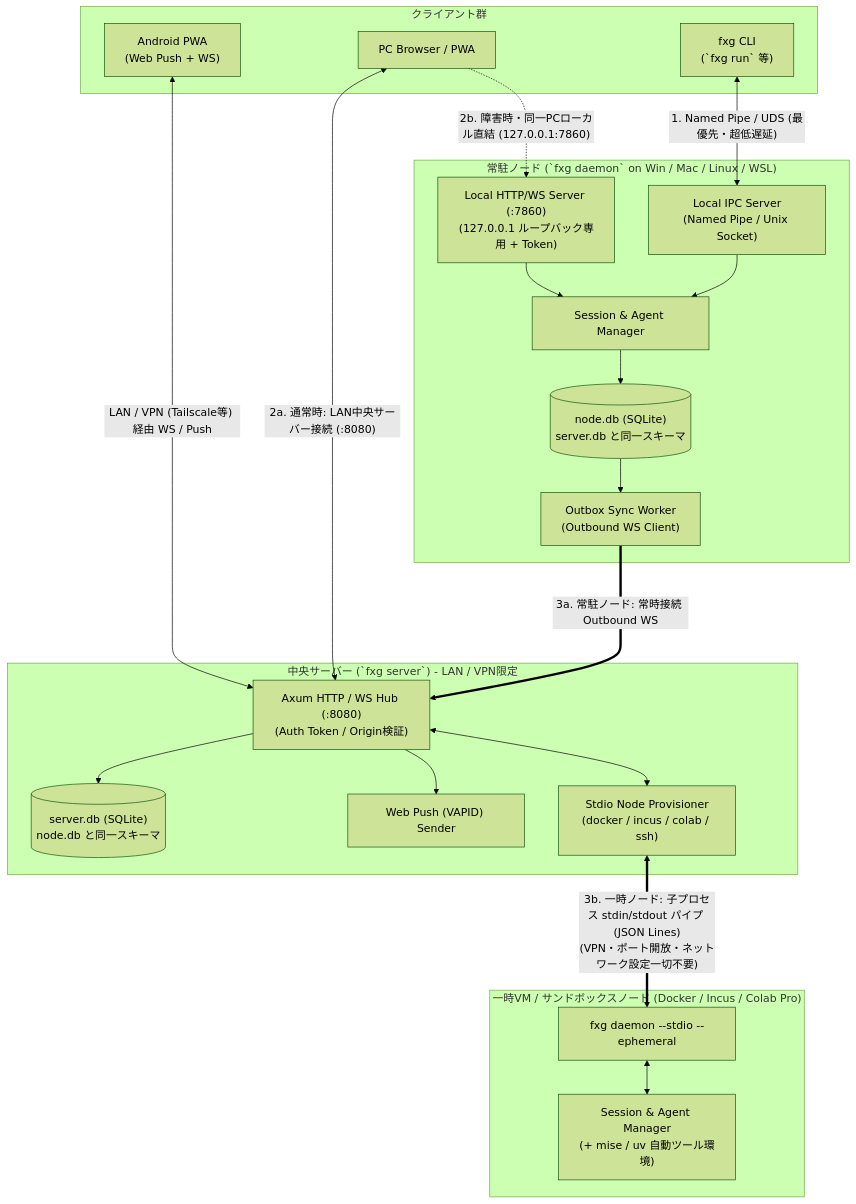
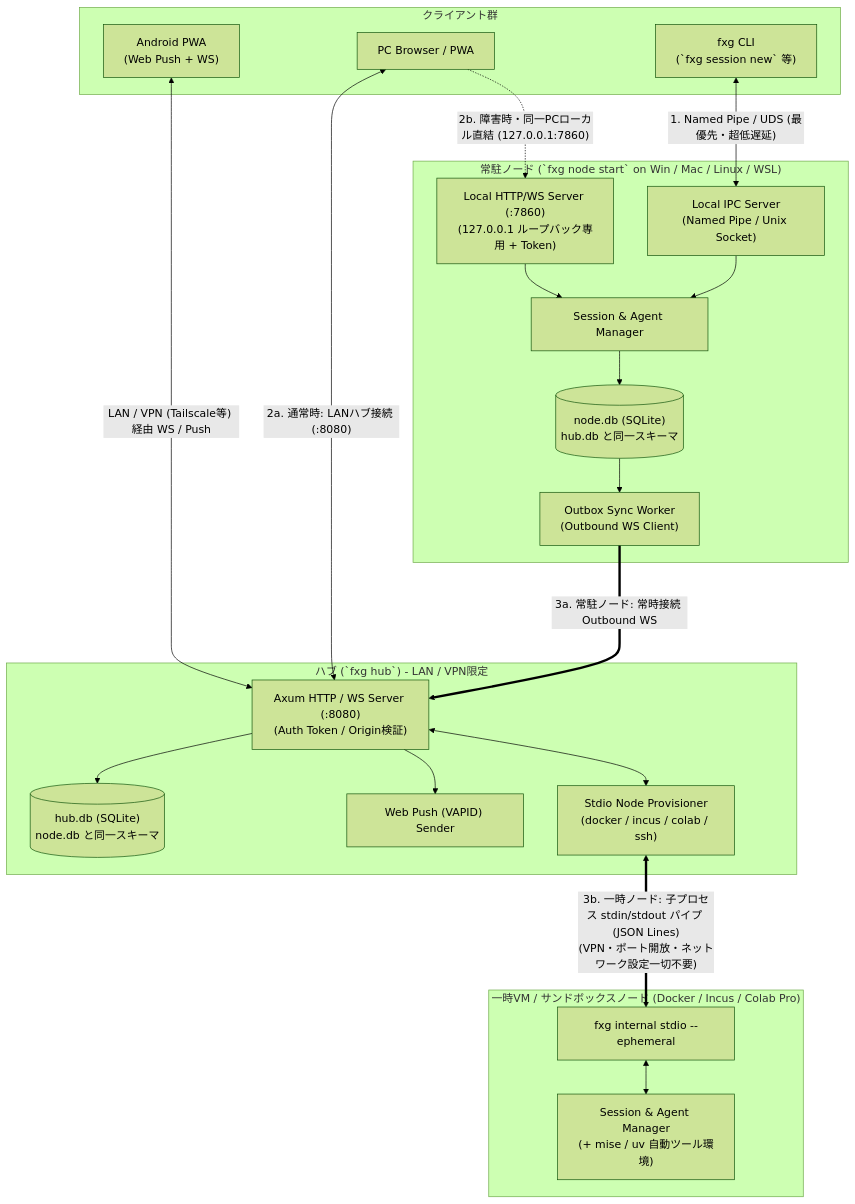
One commit to nazo6/flexagent changed the first of 3 diagrams in docs/01-architecture-and-sync.md. Above: the diagram before and after it, drawn with Mermaid (forest theme). The commit also changed other lines of this file and 179 other files, not shown here.

First line of the commit message:
refactor(cli): restructure commands around session/node/hub (#5)

````diff
--- a/docs/01-architecture-and-sync.md
+++ b/docs/01-architecture-and-sync.md
@@ -10,44 +10,44 @@
 ```mermaid
 flowchart TB
     subgraph Clients["クライアント群"]
         AndroidPWA["Android PWA<br/>(Web Push + WS)"]
         Browser["PC Browser / PWA"]
-        CLI["fxg CLI<br/>(`fxg run` 等)"]
+        CLI["fxg CLI<br/>(`fxg session new` 等)"]
     end
 
-    subgraph Central["中央サーバー (`fxg server`) - LAN / VPN限定"]
-        Hub["Axum HTTP / WS Hub (:8080)<br/>(Auth Token / Origin検証)"]
+    subgraph HubGroup["ハブ (`fxg hub`) - LAN / VPN限定"]
+        HubAPI["Axum HTTP / WS Server (:8080)<br/>(Auth Token / Origin検証)"]
         Prov["Stdio Node Provisioner<br/>(docker / incus / colab / ssh)"]
         Push["Web Push (VAPID) Sender"]
-        ServerDB[("server.db (SQLite)<br/>node.db と同一スキーマ")]
-        Hub --> ServerDB
-        Hub --> Push
-        Hub <--> Prov
+        HubDB[("hub.db (SQLite)<br/>node.db と同一スキーマ")]
+        HubAPI --> HubDB
+        HubAPI --> Push
+        HubAPI <--> Prov
     end
 
-    subgraph Node["常駐ノード (`fxg daemon` on Win / Mac / Linux / WSL)"]
+    subgraph Node["常駐ノード (`fxg node start` on Win / Mac / Linux / WSL)"]
         LocalAPI["Local HTTP/WS Server (:7860)<br/>(127.0.0.1 ループバック専用 + Token)"]
         LocalIPC["Local IPC Server<br/>(Named Pipe / Unix Socket)"]
         SyncWorker["Outbox Sync Worker<br/>(Outbound WS Client)"]
         SessionMgr["Session & Agent Manager"]
-        NodeDB[("node.db (SQLite)<br/>server.db と同一スキーマ")]
+        NodeDB[("node.db (SQLite)<br/>hub.db と同一スキーマ")]
 
         LocalIPC --> SessionMgr
         LocalAPI --> SessionMgr
         SessionMgr --> NodeDB
         NodeDB --> SyncWorker
     end
 
     subgraph EphemeralNode["一時VM / サンドボックスノード (Docker / Incus / Colab Pro)"]
-        EphDaemon["fxg daemon --stdio --ephemeral"]
+        EphNode["fxg internal stdio --ephemeral"]
         EphAgent["Session & Agent Manager<br/>(+ mise / uv 自動ツール環境)"]
-        EphDaemon <--> EphAgent
+        EphNode <--> EphAgent
     end
 
     CLI <-->|"1. Named Pipe / UDS (最優先・超低遅延)"| LocalIPC
-    Browser <-->|"2a. 通常時: LAN中央サーバー接続 (:8080)"| Hub
+    Browser <-->|"2a. 通常時: LANハブ接続 (:8080)"| HubAPI
     Browser -.->|"2b. 障害時・同一PCローカル直結 (127.0.0.1:7860)"| LocalAPI
-    AndroidPWA <-->|"LAN / VPN (Tailscale等) 経由 WS / Push"| Hub
-    SyncWorker ===>|"3a. 常駐ノード: 常時接続 Outbound WS"| Hub
-    Prov <==>|"3b. 一時ノード: 子プロセス stdin/stdout パイプ (JSON Lines)<br/>(VPN・ポート開放・ネットワーク設定一切不要)"| EphDaemon
+    AndroidPWA <-->|"LAN / VPN (Tailscale等) 経由 WS / Push"| HubAPI
+    SyncWorker ===>|"3a. 常駐ノード: 常時接続 Outbound WS"| HubAPI
+    Prov <==>|"3b. 一時ノード: 子プロセス stdin/stdout パイプ (JSON Lines)<br/>(VPN・ポート開放・ネットワーク設定一切不要)"| EphNode
 ```
````
